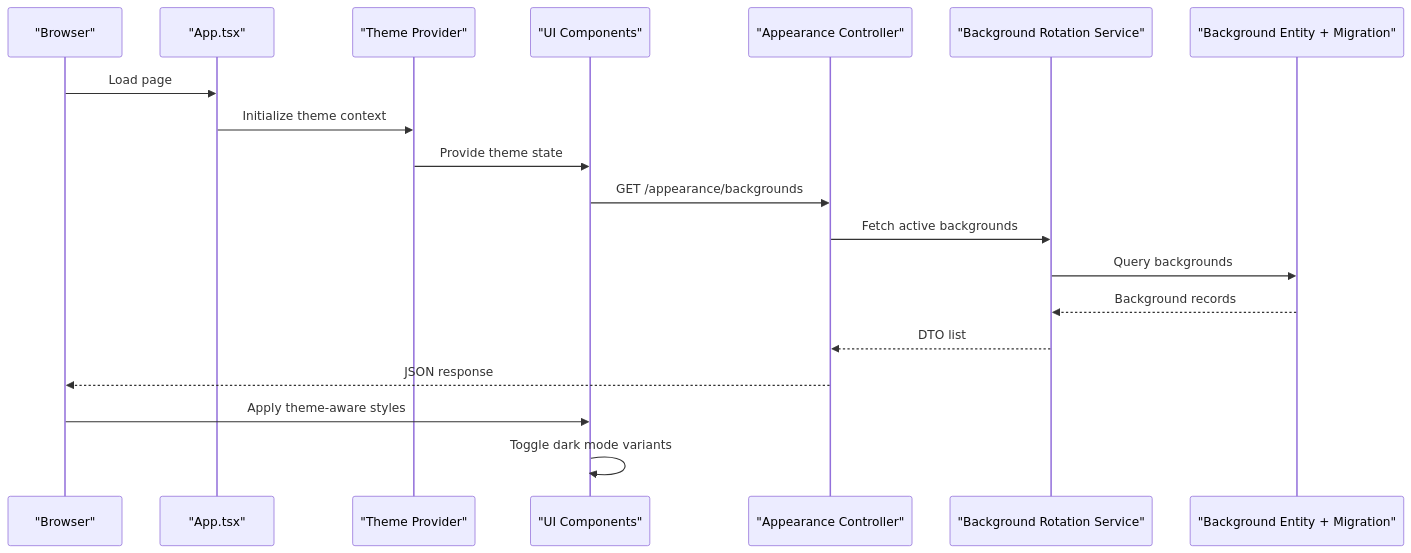
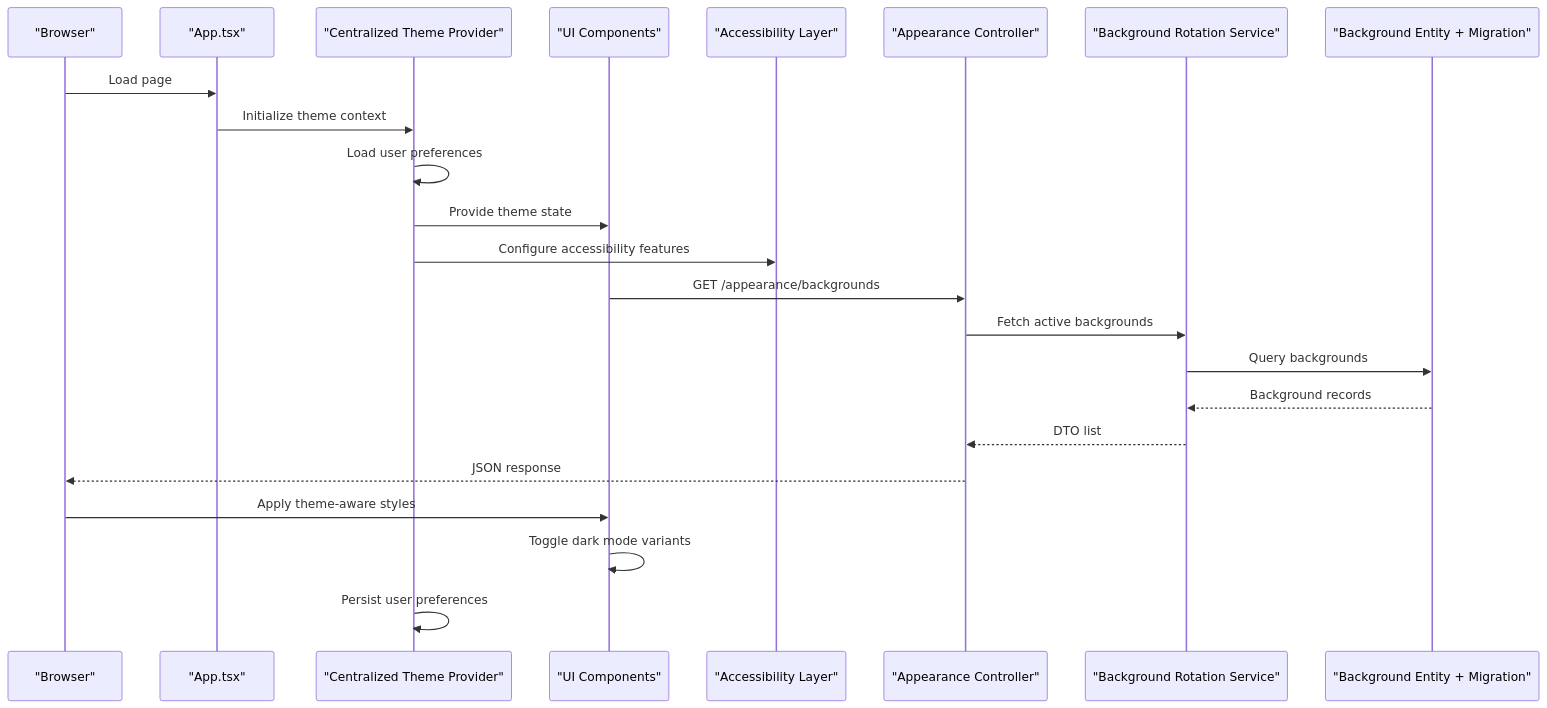
Before and after one commit to franckylab/eLISAschool: the second of 5 diagrams in .qoder/repowiki/en/content/System Architecture/Frontend Architecture/Styling & Theming.md, drawn with Mermaid. The commit also changed other lines of this file and 85 other files, not shown here.

````diff
--- a/.qoder/repowiki/en/content/System Architecture/Frontend Architecture/Styling & Theming.md
+++ b/.qoder/repowiki/en/content/System Architecture/Frontend Architecture/Styling & Theming.md
@@ -128,21 +136,25 @@
 ```mermaid
 sequenceDiagram
 participant Client as "Browser"
 participant App as "App.tsx"
-participant Theme as "Theme Provider"
+participant Theme as "Centralized Theme Provider"
 participant Components as "UI Components"
+participant Accessibility as "Accessibility Layer"
 participant API as "Appearance Controller"
 participant Svc as "Background Rotation Service"
 participant DB as "Background Entity + Migration"
 Client->>App : Load page
 App->>Theme : Initialize theme context
+Theme->>Theme : Load user preferences
 Theme->>Components : Provide theme state
+Theme->>Accessibility : Configure accessibility features
 Components->>API : GET /appearance/backgrounds
 API->>Svc : Fetch active backgrounds
 Svc->>DB : Query backgrounds
 DB-->>Svc : Background records
 Svc-->>API : DTO list
 API-->>Client : JSON response
 Client->>Components : Apply theme-aware styles
 Components->>Components : Toggle dark mode variants
+Theme->>Theme : Persist user preferences
 ```
````
